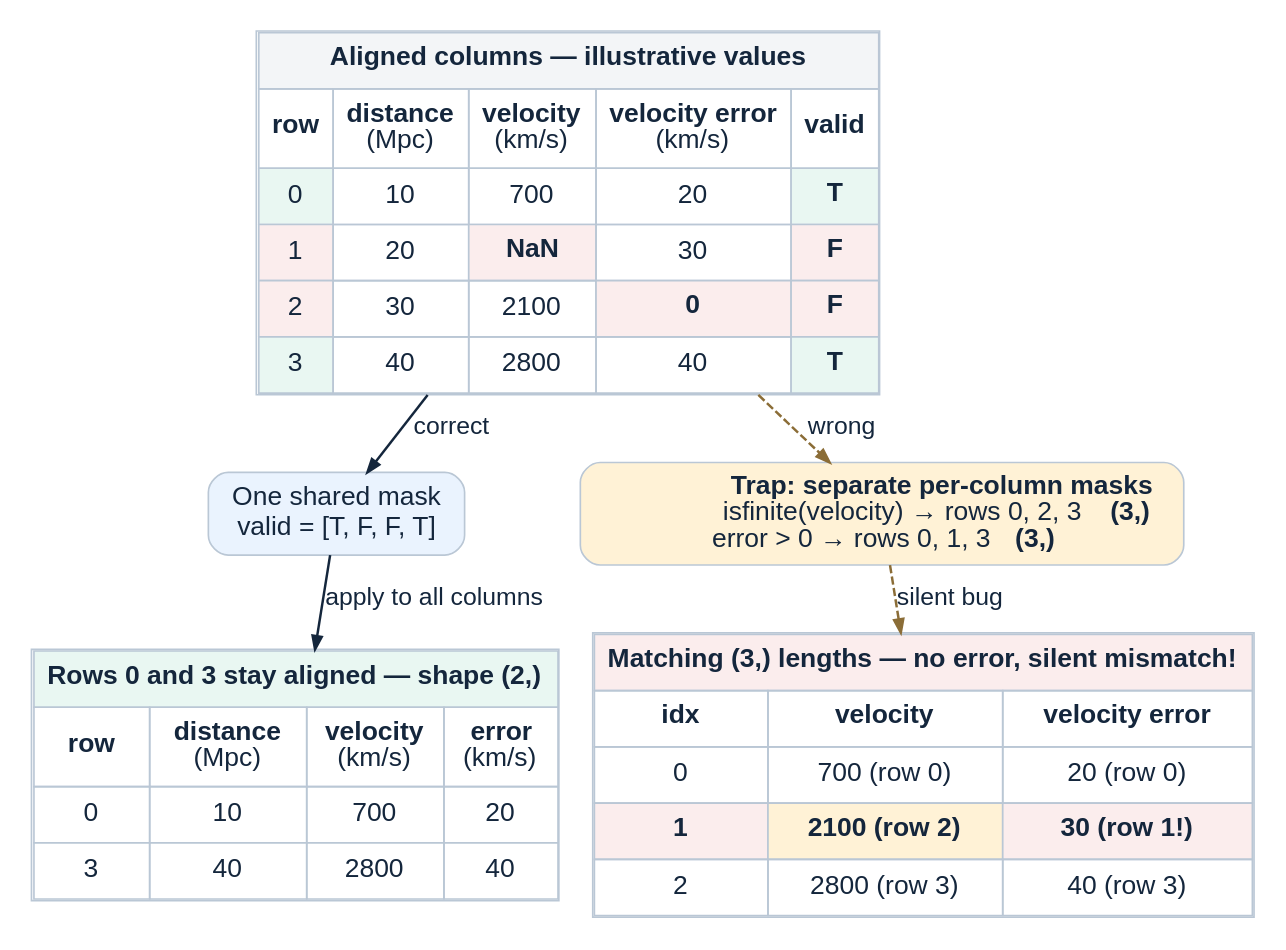
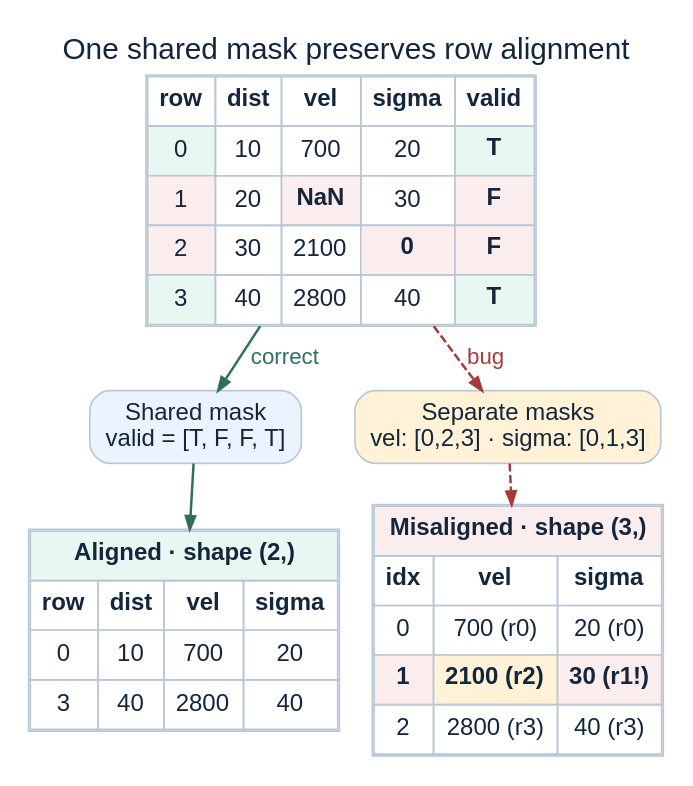
Before and after one commit to xangma/jupyter_data_languages: the diagram in book/diagrams/shared-mask.dot, drawn with Graphviz. The commit also changed 20 other files, not shown here.

Commit message:
Trim all remaining Primer, Session 1, Session 3, and Signal diagrams

```diff
--- a/book/diagrams/shared-mask.dot
+++ b/book/diagrams/shared-mask.dot
@@ -1,57 +1,53 @@
-// Schematic values; the full catalogue validity mask also checks magnitude.
+// Source: 01-catalogue.ipynb; one shared row mask vs separate per-column masks.
 digraph shared_mask {
-  graph [rankdir=TB, bgcolor="white", pad=0.16, nodesep=0.28, ranksep=0.34,
-         fontname="Arial", fontsize=17, color="#BAC7D5", newrank=true];
-  node [shape=plain, fontname="Arial", fontsize=16, fontcolor="#14263C"];
-  edge [fontname="Arial", fontsize=15, color="#14263C", fontcolor="#14263C",
+  graph [rankdir=TB, bgcolor="white", pad=0.14, nodesep=0.28, ranksep=0.34,
+         fontname="Arial", fontsize=18, fontcolor="#14263C",
+         label="One shared mask preserves row alignment", labelloc=t, newrank=true];
+  node [shape=plain, fontname="Arial", fontsize=14.5, fontcolor="#14263C"];
+  edge [fontname="Arial", fontsize=13.5, color="#14263C", fontcolor="#14263C",
         arrowsize=0.8, penwidth=1.5];
 
   aligned [label=<
-    <TABLE BORDER="1" CELLBORDER="1" CELLSPACING="0" CELLPADDING="7" COLOR="#BAC7D5">
-      <TR><TD COLSPAN="5" BGCOLOR="#F3F5F7"><B>Aligned columns — illustrative values</B></TD></TR>
-      <TR><TD><B>row</B></TD><TD><B>distance</B><BR/>(Mpc)</TD><TD><B>velocity</B><BR/>(km/s)</TD><TD><B>velocity error</B><BR/>(km/s)</TD><TD><B>valid</B></TD></TR>
+    <TABLE BORDER="1" CELLBORDER="1" CELLSPACING="0" CELLPADDING="6" COLOR="#BAC7D5">
+      <TR><TD><B>row</B></TD><TD><B>dist</B></TD><TD><B>vel</B></TD><TD><B>sigma</B></TD><TD><B>valid</B></TD></TR>
       <TR><TD BGCOLOR="#E9F7F2">0</TD><TD>10</TD><TD>700</TD><TD>20</TD><TD BGCOLOR="#E9F7F2"><B>T</B></TD></TR>
       <TR><TD BGCOLOR="#FBEDED">1</TD><TD>20</TD><TD BGCOLOR="#FBEDED"><B>NaN</B></TD><TD>30</TD><TD BGCOLOR="#FBEDED"><B>F</B></TD></TR>
       <TR><TD BGCOLOR="#FBEDED">2</TD><TD>30</TD><TD>2100</TD><TD BGCOLOR="#FBEDED"><B>0</B></TD><TD BGCOLOR="#FBEDED"><B>F</B></TD></TR>
       <TR><TD BGCOLOR="#E9F7F2">3</TD><TD>40</TD><TD>2800</TD><TD>40</TD><TD BGCOLOR="#E9F7F2"><B>T</B></TD></TR>
     </TABLE>
   >];
 
   mask [shape=box, style="rounded,filled", fillcolor="#EAF3FE", color="#BAC7D5",
-        margin="0.18,0.10", label="One shared mask\nvalid = [T, F, F, T]"];
+        margin="0.14,0.08", label="Shared mask\nvalid = [T, F, F, T]"];
 
   retained [label=<
-    <TABLE BORDER="1" CELLBORDER="1" CELLSPACING="0" CELLPADDING="7" COLOR="#BAC7D5">
-      <TR><TD COLSPAN="4" BGCOLOR="#E9F7F2"><B>Rows 0 and 3 stay aligned — shape (2,)</B></TD></TR>
-      <TR><TD><B>row</B></TD><TD><B>distance</B><BR/>(Mpc)</TD><TD><B>velocity</B><BR/>(km/s)</TD><TD><B>error</B><BR/>(km/s)</TD></TR>
+    <TABLE BORDER="1" CELLBORDER="1" CELLSPACING="0" CELLPADDING="6" COLOR="#BAC7D5">
+      <TR><TD COLSPAN="4" BGCOLOR="#E9F7F2"><B>Aligned · shape (2,)</B></TD></TR>
+      <TR><TD><B>row</B></TD><TD><B>dist</B></TD><TD><B>vel</B></TD><TD><B>sigma</B></TD></TR>
       <TR><TD>0</TD><TD>10</TD><TD>700</TD><TD>20</TD></TR>
       <TR><TD>3</TD><TD>40</TD><TD>2800</TD><TD>40</TD></TR>
     </TABLE>
   >];
 
   trap_masks [shape=box, style="rounded,filled", fillcolor="#FFF2D6", color="#BAC7D5",
-              margin="0.18,0.10", label=<
-                <B>Trap: separate per-column masks</B><BR/>
-                isfinite(velocity) &rarr; rows 0, 2, 3  <B>(3,)</B><BR/>
-                error &gt; 0 &rarr; rows 0, 1, 3  <B>(3,)</B>
-              >];
+              margin="0.14,0.08", label="Separate masks\nvel: [0,2,3] · sigma: [0,1,3]"];
 
   trap_result [label=<
-    <TABLE BORDER="1" CELLBORDER="1" CELLSPACING="0" CELLPADDING="7" COLOR="#BAC7D5">
-      <TR><TD COLSPAN="3" BGCOLOR="#FBEDED"><B>Matching (3,) lengths — no error, silent mismatch!</B></TD></TR>
-      <TR><TD><B>idx</B></TD><TD><B>velocity</B></TD><TD><B>velocity error</B></TD></TR>
-      <TR><TD>0</TD><TD>700 (row 0)</TD><TD>20 (row 0)</TD></TR>
-      <TR><TD BGCOLOR="#FBEDED"><B>1</B></TD><TD BGCOLOR="#FFF2D6"><B>2100 (row 2)</B></TD><TD BGCOLOR="#FBEDED"><B>30 (row 1!)</B></TD></TR>
-      <TR><TD>2</TD><TD>2800 (row 3)</TD><TD>40 (row 3)</TD></TR>
+    <TABLE BORDER="1" CELLBORDER="1" CELLSPACING="0" CELLPADDING="6" COLOR="#BAC7D5">
+      <TR><TD COLSPAN="3" BGCOLOR="#FBEDED"><B>Misaligned · shape (3,)</B></TD></TR>
+      <TR><TD><B>idx</B></TD><TD><B>vel</B></TD><TD><B>sigma</B></TD></TR>
+      <TR><TD>0</TD><TD>700 (r0)</TD><TD>20 (r0)</TD></TR>
+      <TR><TD BGCOLOR="#FBEDED"><B>1</B></TD><TD BGCOLOR="#FFF2D6"><B>2100 (r2)</B></TD><TD BGCOLOR="#FBEDED"><B>30 (r1!)</B></TD></TR>
+      <TR><TD>2</TD><TD>2800 (r3)</TD><TD>40 (r3)</TD></TR>
     </TABLE>
   >];
 
   { rank=same; mask; trap_masks; }
   { rank=same; retained; trap_result; }
 
-  aligned -> mask [label="correct"];
-  mask -> retained [label="apply to all columns"];
+  aligned -> mask [color="#2F6F5E", fontcolor="#2F6F5E", label=" correct"];
+  mask -> retained [color="#2F6F5E"];
 
-  aligned -> trap_masks [color="#8B6D37", style=dashed, label="wrong"];
-  trap_masks -> trap_result [color="#8B6D37", style=dashed, label="silent bug"];
+  aligned -> trap_masks [color="#A63A3A", fontcolor="#A63A3A", style=dashed, label=" bug"];
+  trap_masks -> trap_result [color="#A63A3A", style=dashed];
 }
```
